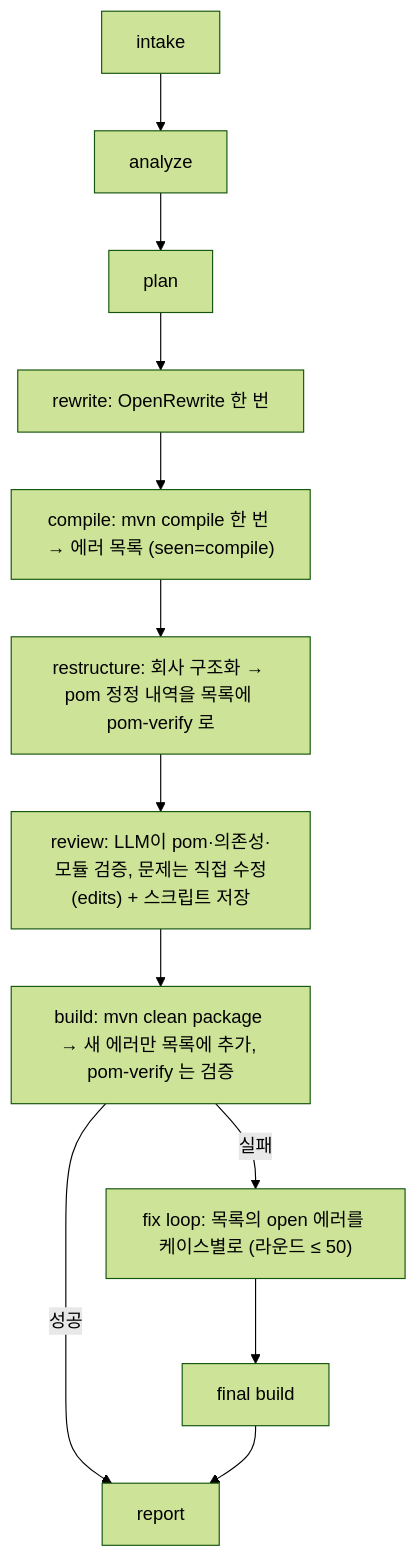
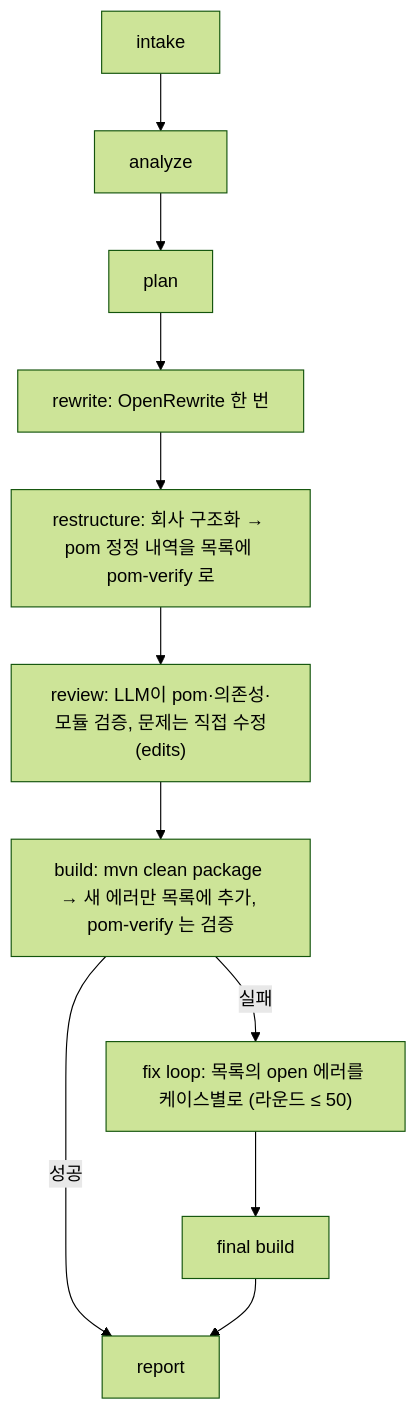
Before and after one commit to acandiatale/tutu: the first of 2 diagrams in docs/v2/PLAN-v2.1.md, drawn with Mermaid (forest theme). The commit also changed other lines of this file and 126 other files, not shown here.

First line of the commit message:
docs: only the deployed flow-v2 system is documented; v1-era material removed; progress checklist (user, 2026-11-11)

````diff
--- a/docs/v2/PLAN-v2.1.md
+++ b/docs/v2/PLAN-v2.1.md
@@ -29,11 +31,10 @@
 ```mermaid
 flowchart TD
   IN["intake"] --> AN["analyze"] --> PL["plan"] --> RW["rewrite: OpenRewrite 한 번"]
-  RW --> CP["compile: mvn compile 한 번 → 에러 목록 (seen=compile)"]
-  CP --> RS["restructure: 회사 구조화 → pom 정정 내역을 목록에 pom-verify 로"]
-  RS --> RV["review: LLM이 pom·의존성·모듈 검증, 문제는 직접 수정(edits) + 스크립트 저장"]
+  RW --> RS["restructure: 회사 구조화 → pom 정정 내역을 목록에 pom-verify 로"]
+  RS --> RV["review: LLM이 pom·의존성·모듈 검증, 문제는 직접 수정(edits)"]
   RV --> B1["build: mvn clean package → 새 에러만 목록에 추가, pom-verify 는 검증"]
   B1 -->|"성공"| REP["report"]
   B1 -->|"실패"| LOOP["fix loop: 목록의 open 에러를 케이스별로 (라운드 ≤ 50)"]
   LOOP --> BF["final build"] --> REP
 ```
````
